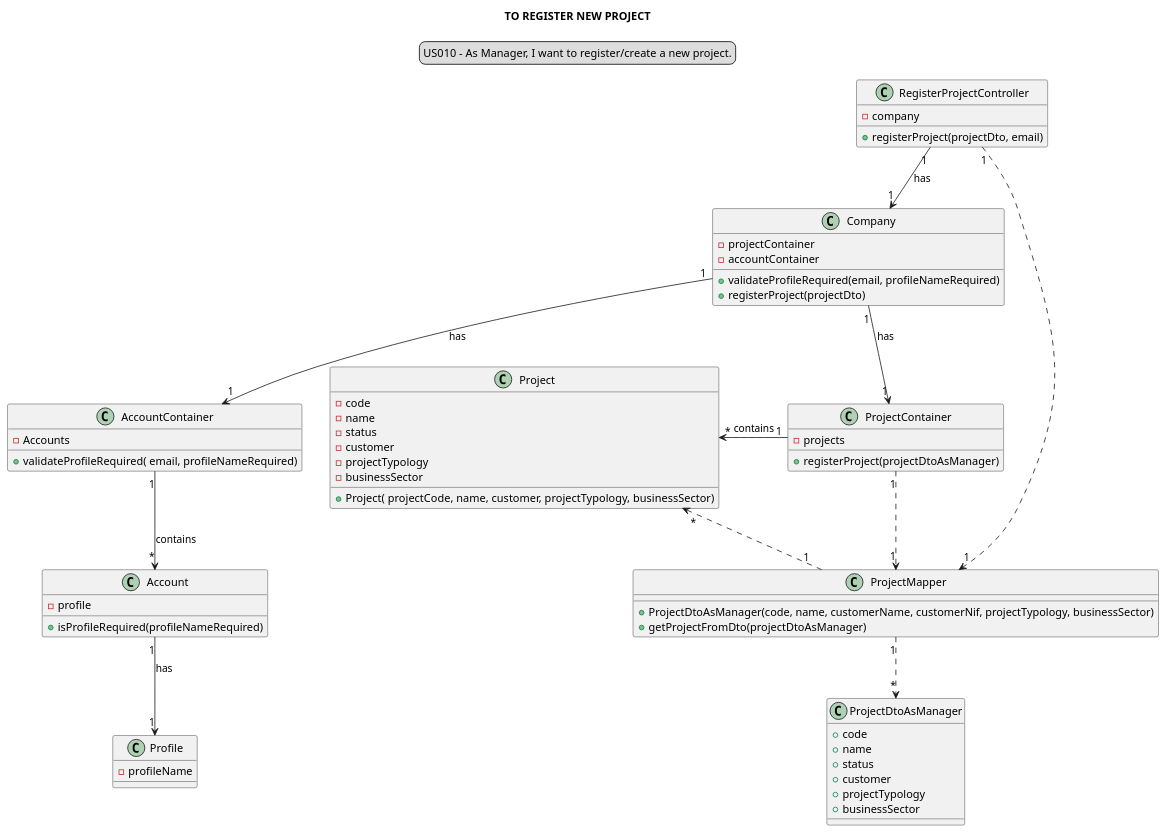
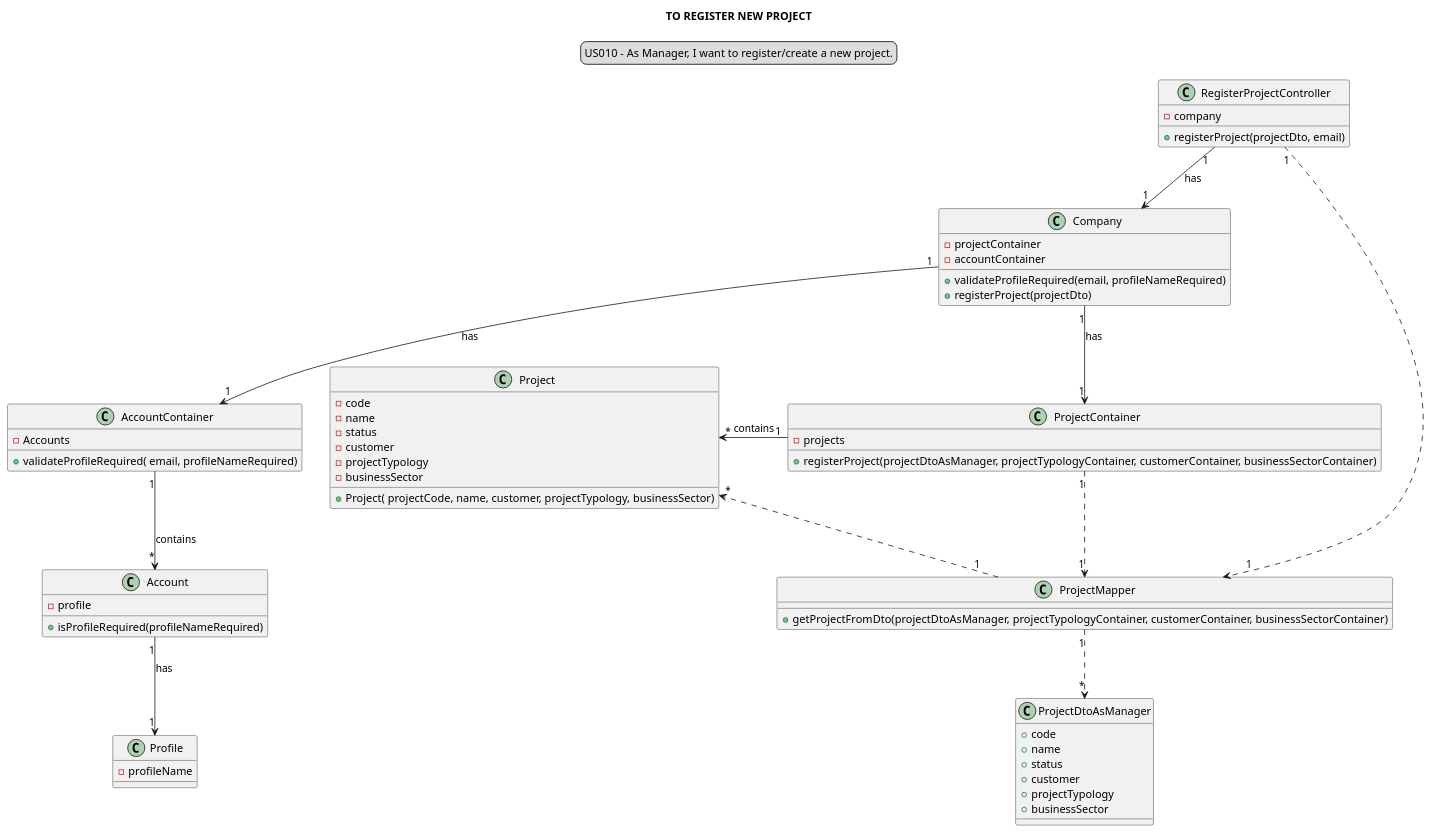
The diagram in docs/modelling_design/user_stories/sprint02/us010/US010_classDiagram.puml (Loracline/project_switch_22-23), drawn with PlantUML before and after one commit. The commit also changed 15 other files, not shown here.

Commit message:
US 010 : Development : Correction of some classes, diagrams and subsequence consequences.

```diff
--- a/docs/modelling_design/user_stories/sprint02/us010/US010_classDiagram.puml
+++ b/docs/modelling_design/user_stories/sprint02/us010/US010_classDiagram.puml
@@ -1,73 +1,72 @@
 @startuml
 
 skinparam sequenceMessageAlign center
 title TO REGISTER NEW PROJECT
 legend top
 US010 - As Manager, I want to register/create a new project.
 end legend
 
 class RegisterProjectController {
 - company
 + registerProject(projectDto, email)
 }
 
 
 class Company {
 - projectContainer
 - accountContainer
 + validateProfileRequired(email, profileNameRequired)
 + registerProject(projectDto)
 }
 class AccountContainer {
 - Accounts
 + validateProfileRequired( email, profileNameRequired)
 }
 
 class Account {
 + isProfileRequired(profileNameRequired)
 - profile
 }
 
 class Profile {
 -profileName
 }
 
 class ProjectContainer {
 - projects
-+ registerProject(projectDtoAsManager)
++ registerProject(projectDtoAsManager, projectTypologyContainer, customerContainer, businessSectorContainer)
 }
 
 class ProjectMapper{
-+ ProjectDtoAsManager(code, name, customerName, customerNif, projectTypology, businessSector)
-+ getProjectFromDto(projectDtoAsManager)
++ getProjectFromDto(projectDtoAsManager, projectTypologyContainer, customerContainer, businessSectorContainer)
 }
 class ProjectDtoAsManager{
 + code
 + name
 + status
 + customer
 + projectTypology
 + businessSector
 }
 
 class Project{
 - code
 - name
 - status
 - customer
 - projectTypology
 - businessSector
 +Project( projectCode, name, customer, projectTypology, businessSector)
 }
 
 RegisterProjectController "1"-->"1" Company: has
 Company "1"-->"1" ProjectContainer: has
 Company "1"-->"1" AccountContainer: has
 AccountContainer "1"-->"*" Account: contains
 Account "1"-->"1" Profile: has
 ProjectMapper "1"..>"*" ProjectDtoAsManager
 ProjectContainer "1" ..> "1" "ProjectMapper"
 RegisterProjectController "1"..>"1" "ProjectMapper"
 ProjectMapper "1"..>"*" Project
 ProjectContainer "1" -left-> "*" Project: contains
 @enduml
```
